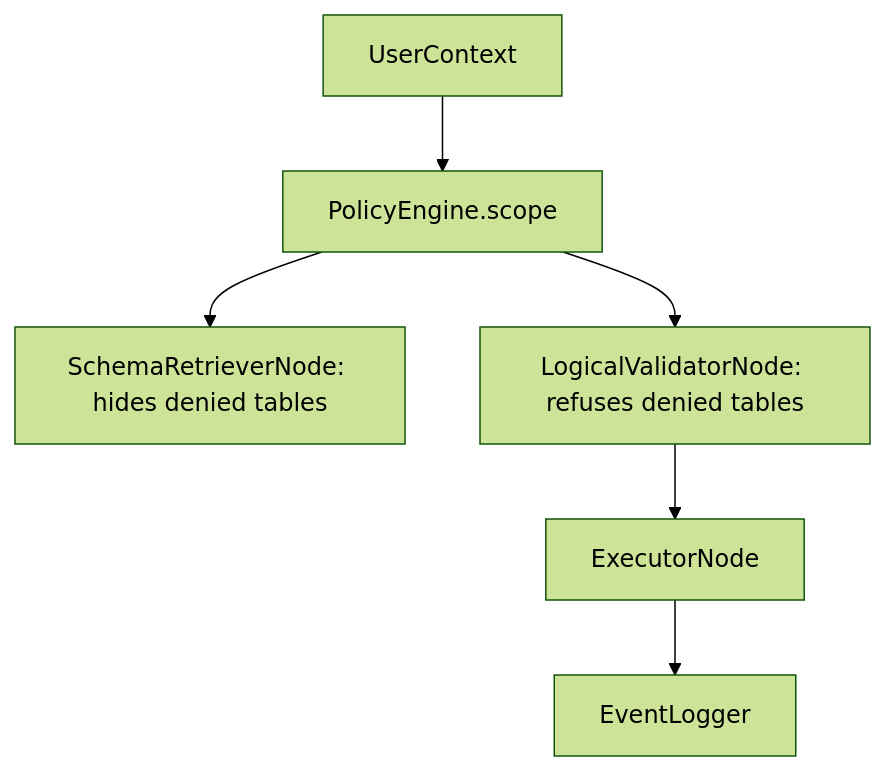
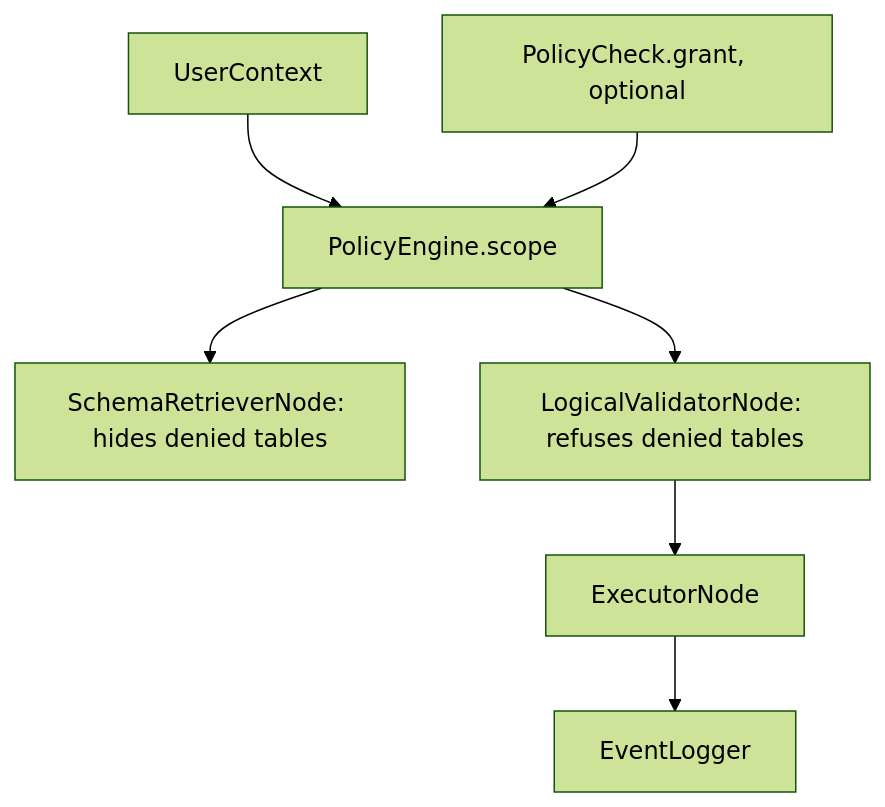
One commit to nadeem4/nl2sql changed the diagram in docs/security/model.md. Above: the diagram before and after it, drawn with Mermaid (forest theme). The commit also changed other lines of this file and 20 other files, not shown here.

Commit message:
feat(policies): PolicyCheck extension point, intersected with the roles and failing closed (P2) (#288)

````diff
--- a/docs/security/model.md
+++ b/docs/security/model.md
@@ -108,8 +115,9 @@
 ```mermaid
 flowchart TD
     User[UserContext] --> Scope[PolicyEngine.scope]
+    Check[PolicyCheck.grant, optional] --> Scope
     Scope --> Retriever[SchemaRetrieverNode: hides denied tables]
     Scope --> Validator[LogicalValidatorNode: refuses denied tables]
     Validator --> Executor[ExecutorNode]
     Executor --> Audit[EventLogger]
 ```
````
